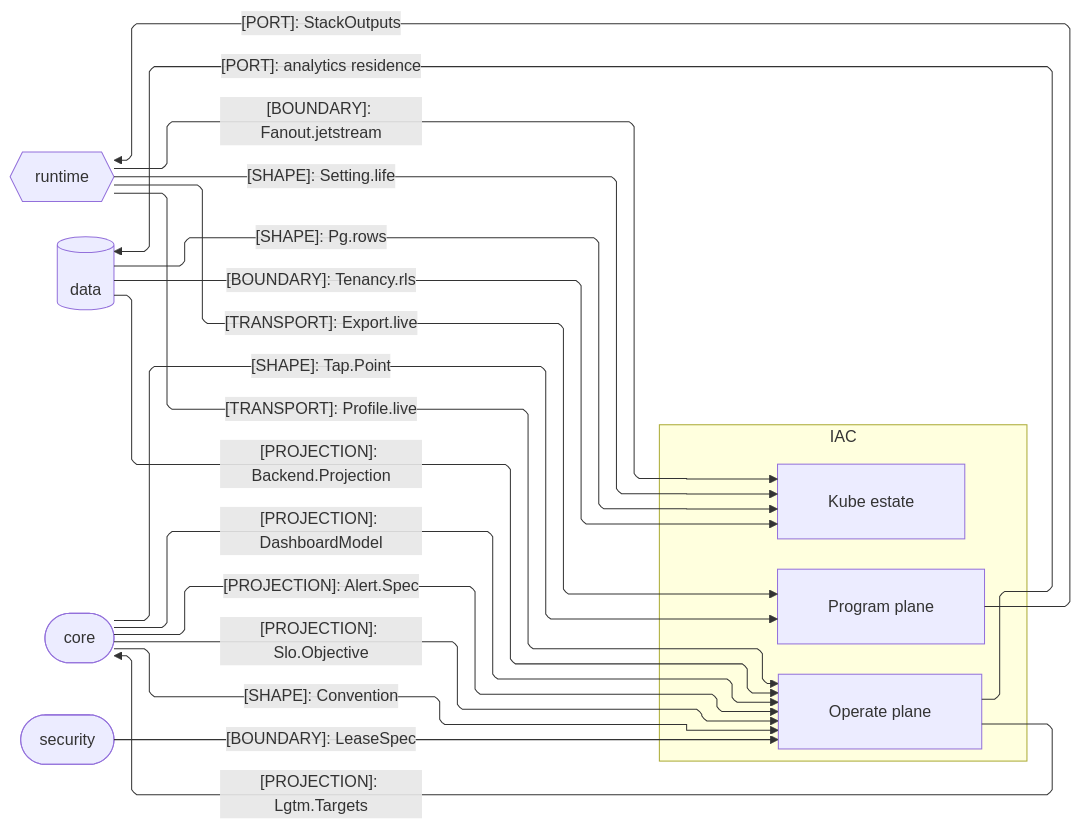
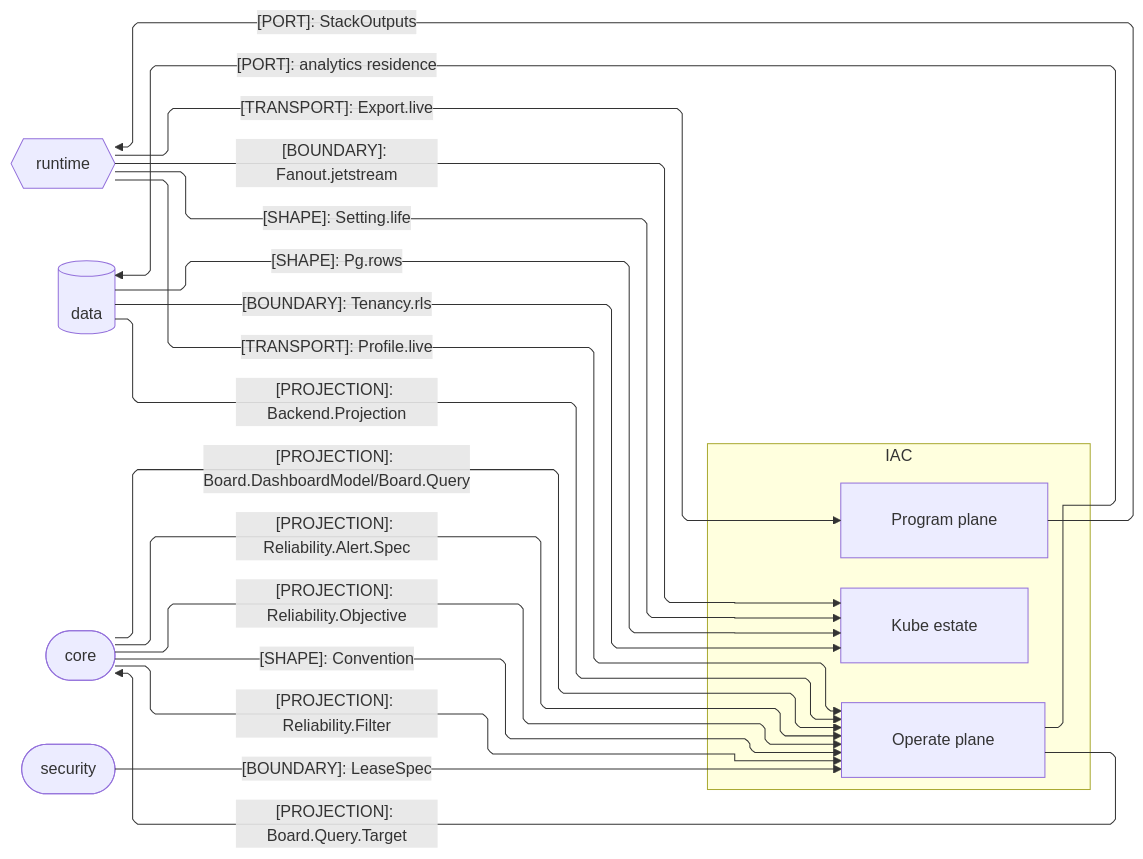
The second of 3 diagrams in libs/typescript/iac/ARCHITECTURE.md (bsamiee/Rasm), drawn with Mermaid before and after one commit. The commit also changed other lines of this file and 400 other files, not shown here.

````diff
--- a/libs/typescript/iac/ARCHITECTURE.md
+++ b/libs/typescript/iac/ARCHITECTURE.md
@@ -78,37 +78,37 @@
 ```mermaid
 ---
 config:
   layout: elk
   flowchart:
     curve: linear
     padding: 25
 ---
 flowchart LR
     accTitle: IaC package seam registry
     accDescr: IaC owners exchanging stack outputs, data-plane shapes, board packs, and lease custody with runtime, data, core, and security.
     subgraph iac[IAC]
         Program[Program plane]
         Operate[Operate plane]
         Kube[Kube estate]
     end
     Runtime{{runtime}}
     Data[(data)]
     Core([core])
     Security([security])
     Program e1@-->|"[PORT]: StackOutputs"| Runtime
     Data e2@-->|"[SHAPE]: Pg.rows"| Kube
     Data e3@-->|"[BOUNDARY]: Tenancy.rls"| Kube
     Data e14@-->|"[PROJECTION]: Backend.Projection"| Operate
     Runtime e4@-->|"[BOUNDARY]: Fanout.jetstream"| Kube
     Runtime e5@-->|"[SHAPE]: Setting.life"| Kube
-    Core e7@-->|"[PROJECTION]: DashboardModel"| Operate
-    Core e8@-->|"[PROJECTION]: Alert.Spec"| Operate
-    Core e9@-->|"[PROJECTION]: Slo.Objective"| Operate
+    Core e7@-->|"[PROJECTION]: Board.DashboardModel/Board.Query"| Operate
+    Core e8@-->|"[PROJECTION]: Reliability.Alert.Spec"| Operate
+    Core e9@-->|"[PROJECTION]: Reliability.Objective"| Operate
     Core e15@-->|"[SHAPE]: Convention"| Operate
     Operate e16@-->|"[PORT]: analytics residence"| Data
-    Operate e17@-->|"[PROJECTION]: Lgtm.Targets"| Core
+    Operate e17@-->|"[PROJECTION]: Board.Query.Target"| Core
     Runtime e10@-->|"[TRANSPORT]: Export.live"| Program
     Runtime e11@-->|"[TRANSPORT]: Profile.live"| Operate
-    Core e12@-->|"[SHAPE]: Tap.Point"| Program
+    Core e12@-->|"[PROJECTION]: Reliability.Filter"| Operate
     Security e13@-->|"[BOUNDARY]: LeaseSpec"| Operate
 ```
````
